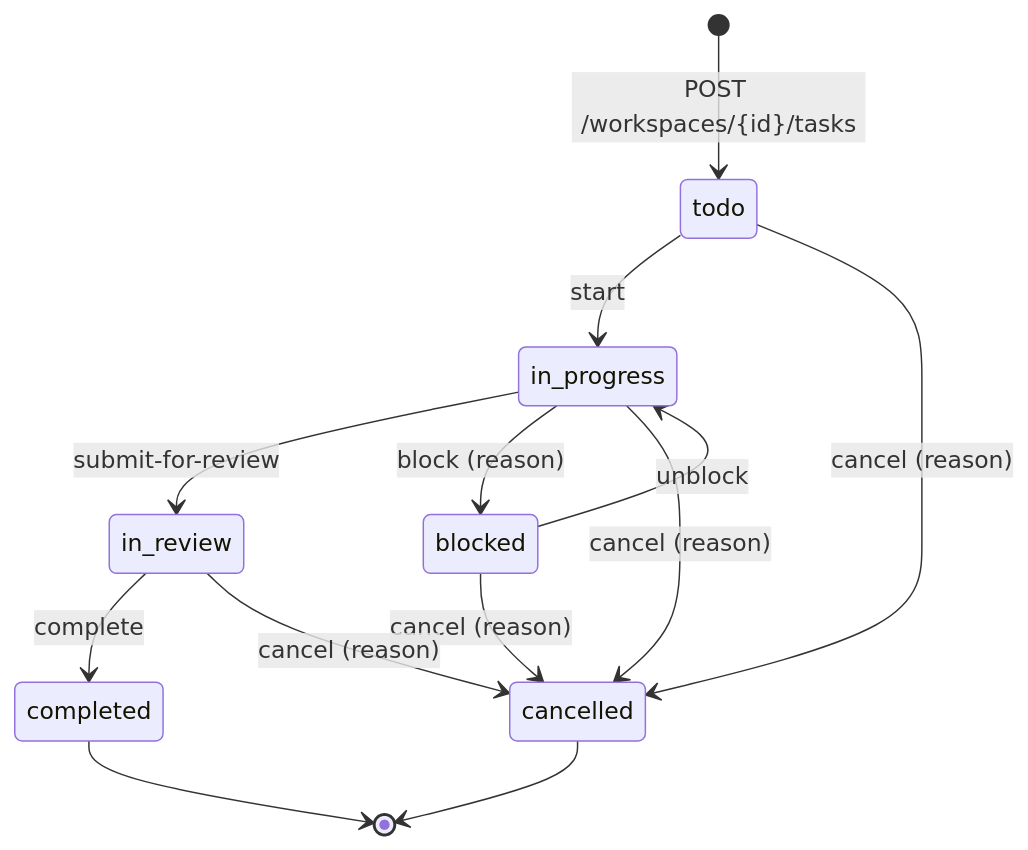
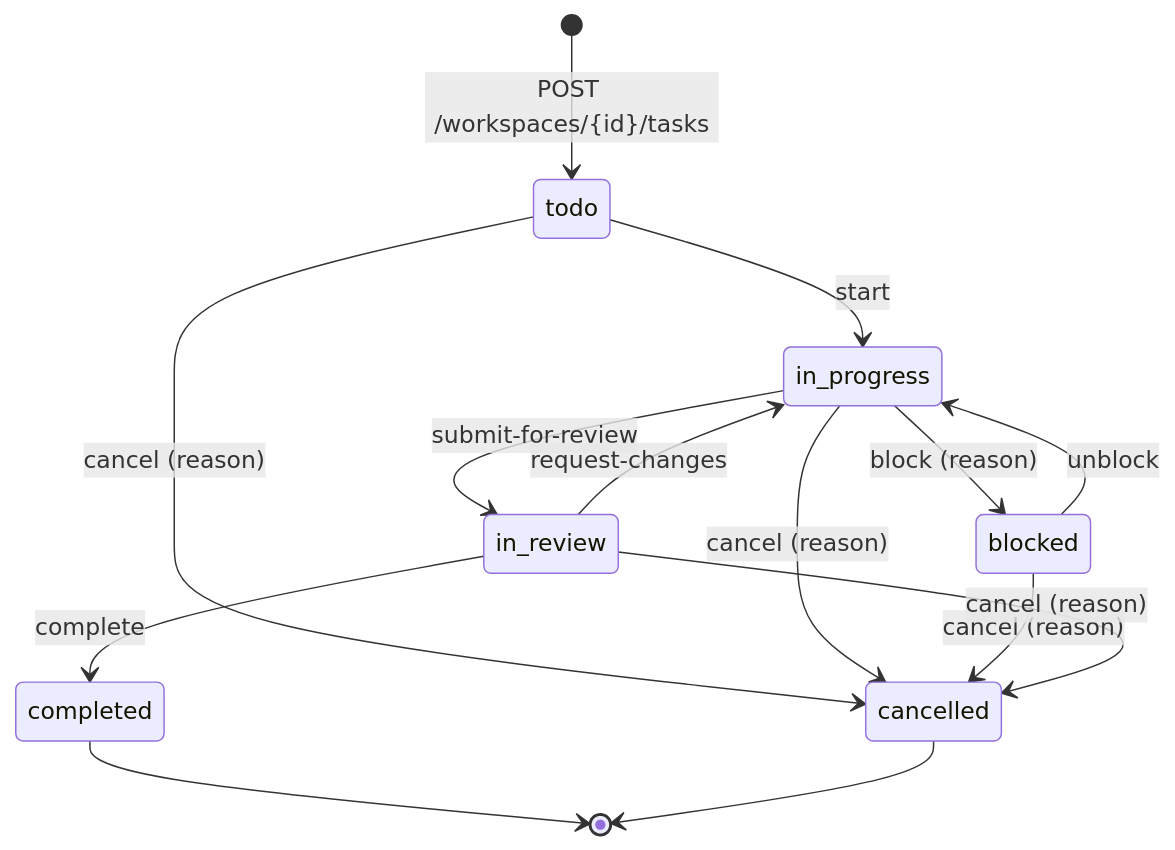
The fourth of 5 diagrams in docs/architecture.md (NikitaSomik/symfony-todo-app), drawn with Mermaid before and after one commit. The commit also changed other lines of this file and 15 other files, not shown here.

````diff
--- a/docs/architecture.md
+++ b/docs/architecture.md
@@ -161,15 +161,16 @@
 ```mermaid
 stateDiagram-v2
     [*] --> todo: POST /workspaces/{id}/tasks
     todo --> in_progress: start
     in_progress --> in_review: submit-for-review
     in_progress --> blocked: block (reason)
     blocked --> in_progress: unblock
     in_review --> completed: complete
+    in_review --> in_progress: request-changes
     todo --> cancelled: cancel (reason)
     in_progress --> cancelled: cancel (reason)
     blocked --> cancelled: cancel (reason)
     in_review --> cancelled: cancel (reason)
     completed --> [*]
     cancelled --> [*]
 ```
````
